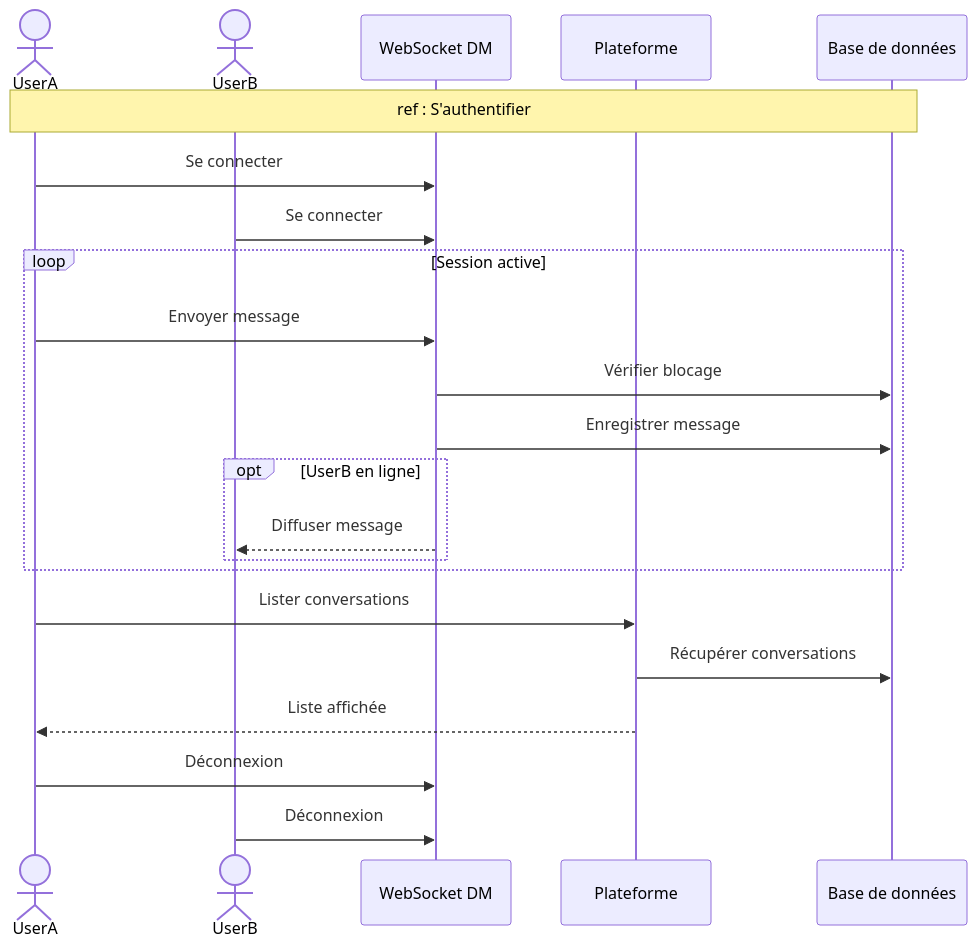
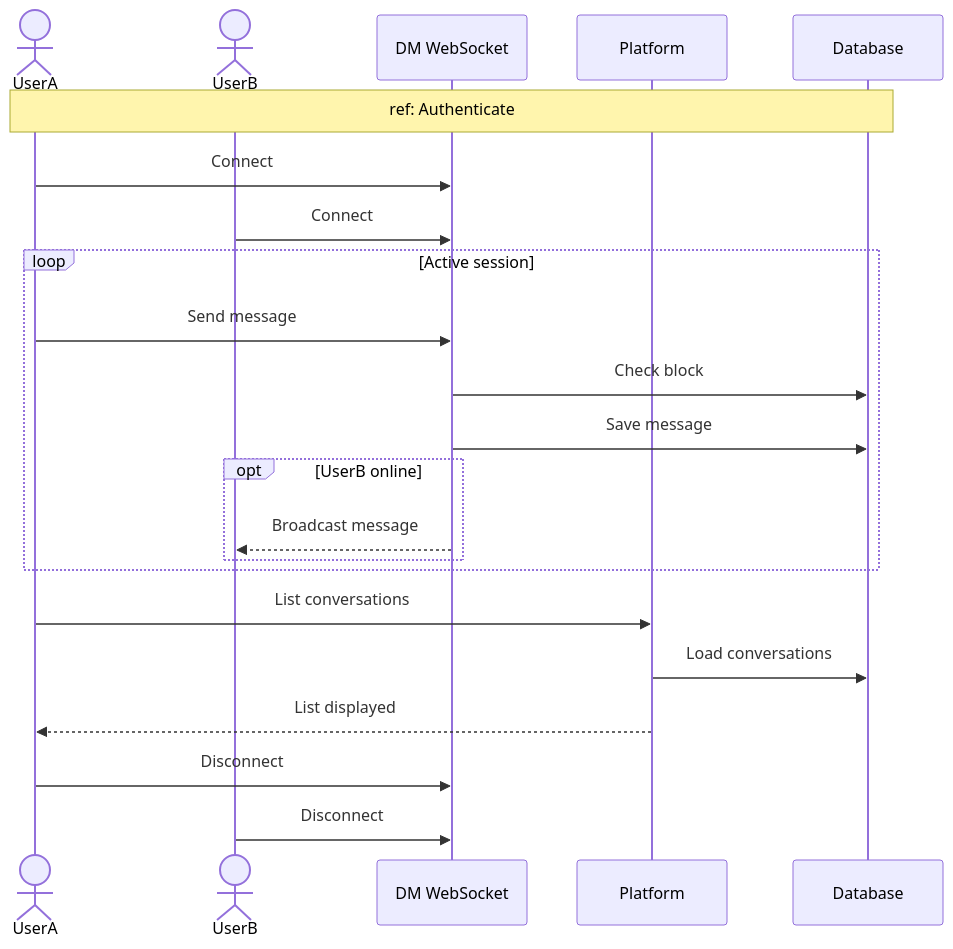
Before and after one commit to MohamedChebbi123/teamnest: diagram 15 of 16 in docs/SEQUENCE_DIAGRAMS.md, drawn with Mermaid. The commit also changed other lines of this file, not shown here.

````diff
--- a/docs/SEQUENCE_DIAGRAMS.md
+++ b/docs/SEQUENCE_DIAGRAMS.md
@@ -443,29 +447,29 @@
 ```mermaid
 sequenceDiagram
     actor UserA
     actor UserB
-    participant WS as WebSocket DM
-    participant API as Plateforme
-    participant DB as Base de données
+    participant WS as DM WebSocket
+    participant API as Platform
+    participant DB as Database
 
-    Note over UserA,DB: ref : S'authentifier
+    Note over UserA,DB: ref: Authenticate
 
-    UserA->>WS: Se connecter
-    UserB->>WS: Se connecter
+    UserA->>WS: Connect
+    UserB->>WS: Connect
 
-    loop Session active
-        UserA->>WS: Envoyer message
-        WS->>DB: Vérifier blocage
-        WS->>DB: Enregistrer message
-        opt UserB en ligne
-            WS-->>UserB: Diffuser message
+    loop Active session
+        UserA->>WS: Send message
+        WS->>DB: Check block
+        WS->>DB: Save message
+        opt UserB online
+            WS-->>UserB: Broadcast message
         end
     end
 
-    UserA->>API: Lister conversations
-    API->>DB: Récupérer conversations
-    API-->>UserA: Liste affichée
+    UserA->>API: List conversations
+    API->>DB: Load conversations
+    API-->>UserA: List displayed
 
-    UserA->>WS: Déconnexion
-    UserB->>WS: Déconnexion
+    UserA->>WS: Disconnect
+    UserB->>WS: Disconnect
 ```
````
